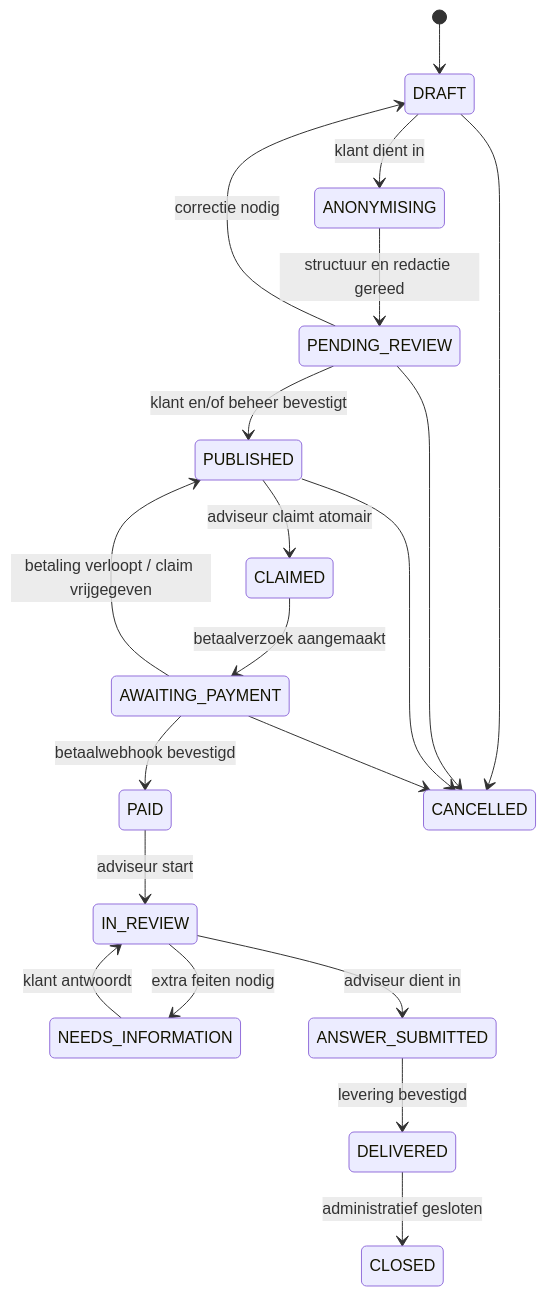
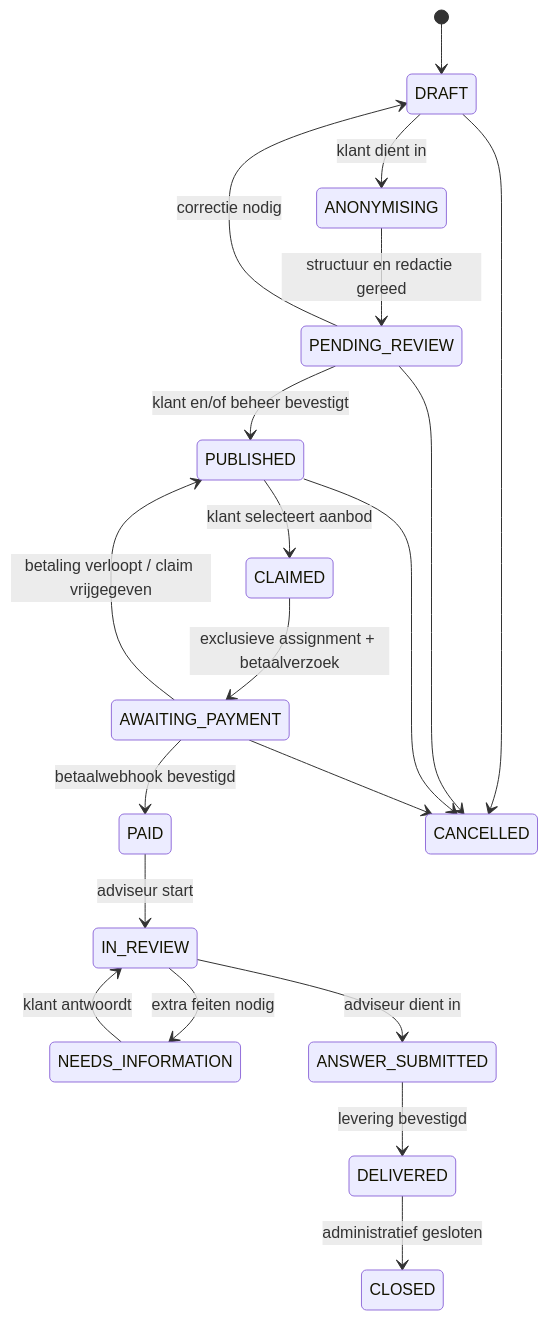
One commit to oli4vos/Advies-ipc changed the third of 4 diagrams in docs/ARCHITECTURE-BLUEPRINT.md. Above: the diagram before and after it, drawn with Mermaid. The commit also changed other lines of this file, not shown here.

Commit message:
Record lean Python marketplace architecture decisions

````diff
--- a/docs/ARCHITECTURE-BLUEPRINT.md
+++ b/docs/ARCHITECTURE-BLUEPRINT.md
@@ -516,22 +598,22 @@
 ```mermaid
 stateDiagram-v2
     [*] --> DRAFT
     DRAFT --> ANONYMISING: klant dient in
     ANONYMISING --> PENDING_REVIEW: structuur en redactie gereed
     PENDING_REVIEW --> PUBLISHED: klant en/of beheer bevestigt
     PENDING_REVIEW --> DRAFT: correctie nodig
-    PUBLISHED --> CLAIMED: adviseur claimt atomair
-    CLAIMED --> AWAITING_PAYMENT: betaalverzoek aangemaakt
+    PUBLISHED --> CLAIMED: klant selecteert aanbod
+    CLAIMED --> AWAITING_PAYMENT: exclusieve assignment + betaalverzoek
     AWAITING_PAYMENT --> PAID: betaalwebhook bevestigd
     AWAITING_PAYMENT --> PUBLISHED: betaling verloopt / claim vrijgegeven
     PAID --> IN_REVIEW: adviseur start
     IN_REVIEW --> NEEDS_INFORMATION: extra feiten nodig
     NEEDS_INFORMATION --> IN_REVIEW: klant antwoordt
     IN_REVIEW --> ANSWER_SUBMITTED: adviseur dient in
     ANSWER_SUBMITTED --> DELIVERED: levering bevestigd
     DELIVERED --> CLOSED: administratief gesloten
     DRAFT --> CANCELLED
     PENDING_REVIEW --> CANCELLED
     PUBLISHED --> CANCELLED
     AWAITING_PAYMENT --> CANCELLED
 ```
````
